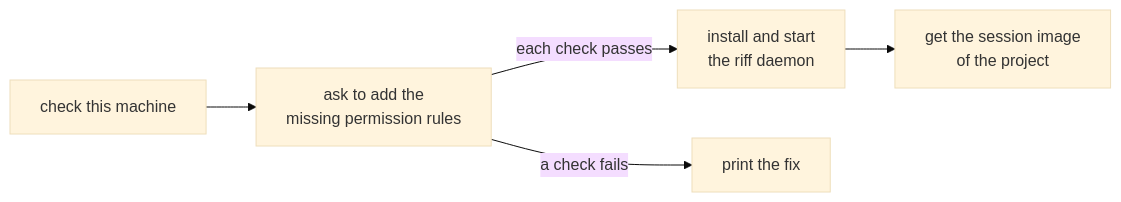
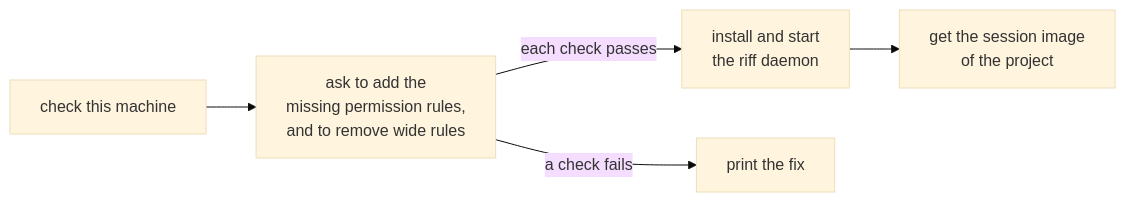
One commit to como-technologies/riff changed the second of 2 diagrams in docs/src/start-a-riff.md. Above: the diagram before and after it, drawn with Mermaid (base theme). The commit also changed other lines of this file and 2 other files, not shown here.

Commit message:
WIP: the book and the requirements of wide rules

````diff
--- a/docs/src/start-a-riff.md
+++ b/docs/src/start-a-riff.md
@@ -182,7 +182,7 @@
 ```mermaid
 flowchart LR
-    C["check this machine"] --> R["ask to add the<br/>missing permission rules"]
+    C["check this machine"] --> R["ask to add the<br/>missing permission rules,<br/>and to remove wide rules"]
     R -- "each check passes" --> D["install and start<br/>the riff daemon"]
     R -- "a check fails" --> F["print the fix"]
     D --> I["get the session image<br/>of the project"]
 ```
````
